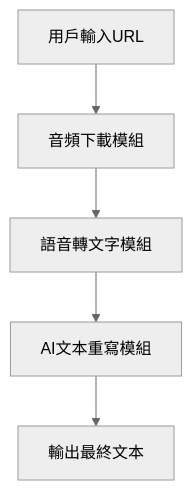
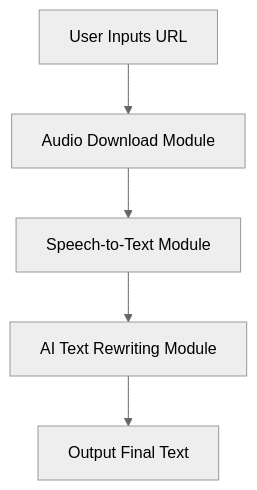
Before and after one commit to etklam/project-whisper: the diagram in development-plan.md, drawn with Mermaid (neutral theme). The commit also changed other lines of this file and 2 other files, not shown here.

````diff
--- a/development-plan.md
+++ b/development-plan.md
@@ -7,7 +7,7 @@
 ```mermaid
 graph TD
-    A[用戶輸入URL] --> B[音頻下載模組]
-    B --> C[語音轉文字模組]
-    C --> D[AI文本重寫模組]
-    D --> E[輸出最終文本]
+    A[User Inputs URL] --> B[Audio Download Module]
+    B --> C[Speech-to-Text Module]
+    C --> D[AI Text Rewriting Module]
+    D --> E[Output Final Text]
 ```
````
